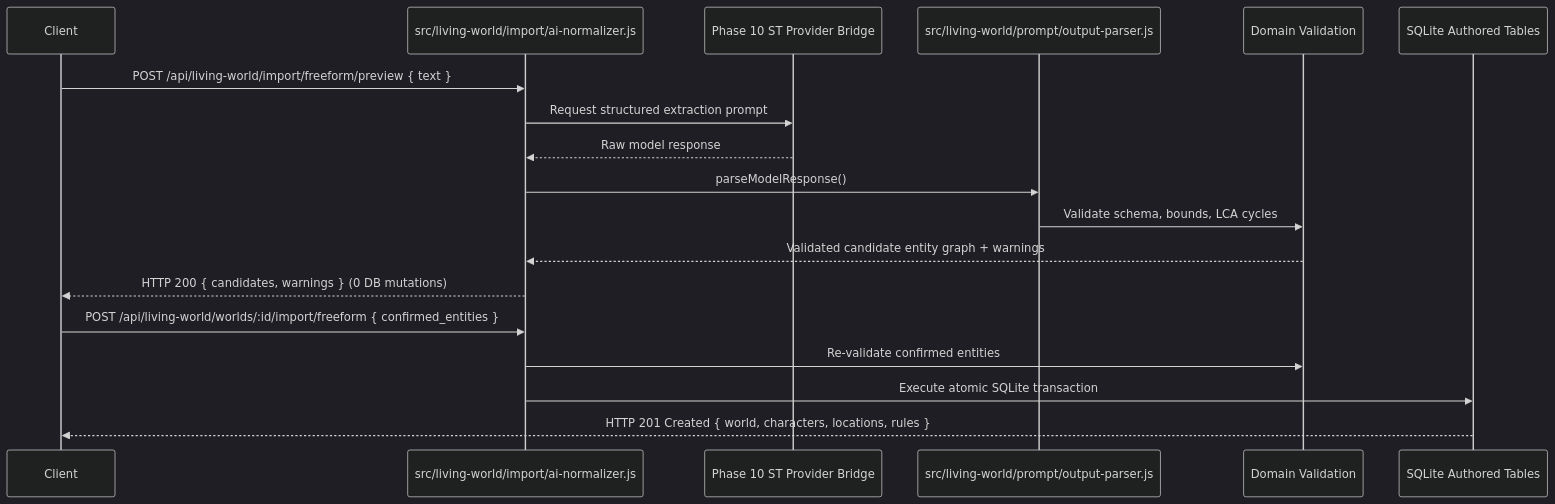
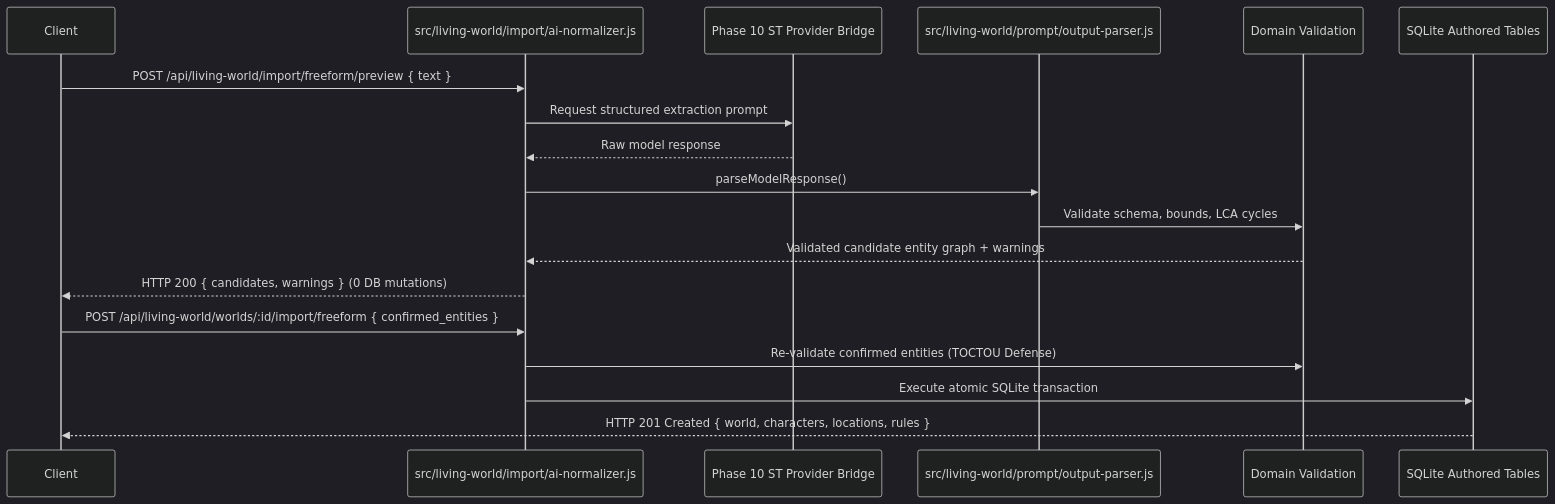
The second of 2 diagrams in docs/living-world/PHASE_11_PLAN.md (DaviPiyu148/SillyTavern), drawn with Mermaid (dark theme) before and after one commit. The commit also changed other lines of this file, not shown here.

````diff
--- a/docs/living-world/PHASE_11_PLAN.md
+++ b/docs/living-world/PHASE_11_PLAN.md
@@ -369,22 +268,22 @@
 ```mermaid
 sequenceDiagram
     participant Client
     participant AI_Normalizer as src/living-world/import/ai-normalizer.js
     participant ST_Bridge as Phase 10 ST Provider Bridge
     participant Parser as src/living-world/prompt/output-parser.js
     participant Validator as Domain Validation
     participant DB as SQLite Authored Tables
 
     Client->>AI_Normalizer: POST /api/living-world/import/freeform/preview { text }
     AI_Normalizer->>ST_Bridge: Request structured extraction prompt
     ST_Bridge-->>AI_Normalizer: Raw model response
     AI_Normalizer->>Parser: parseModelResponse()
     Parser->>Validator: Validate schema, bounds, LCA cycles
     Validator-->>AI_Normalizer: Validated candidate entity graph + warnings
     AI_Normalizer-->>Client: HTTP 200 { candidates, warnings } (0 DB mutations)
     
     Client->>AI_Normalizer: POST /api/living-world/worlds/:id/import/freeform { confirmed_entities }
-    AI_Normalizer->>Validator: Re-validate confirmed entities
+    AI_Normalizer->>Validator: Re-validate confirmed entities (TOCTOU Defense)
     AI_Normalizer->>DB: Execute atomic SQLite transaction
     DB-->>Client: HTTP 201 Created { world, characters, locations, rules }
 ```
````
